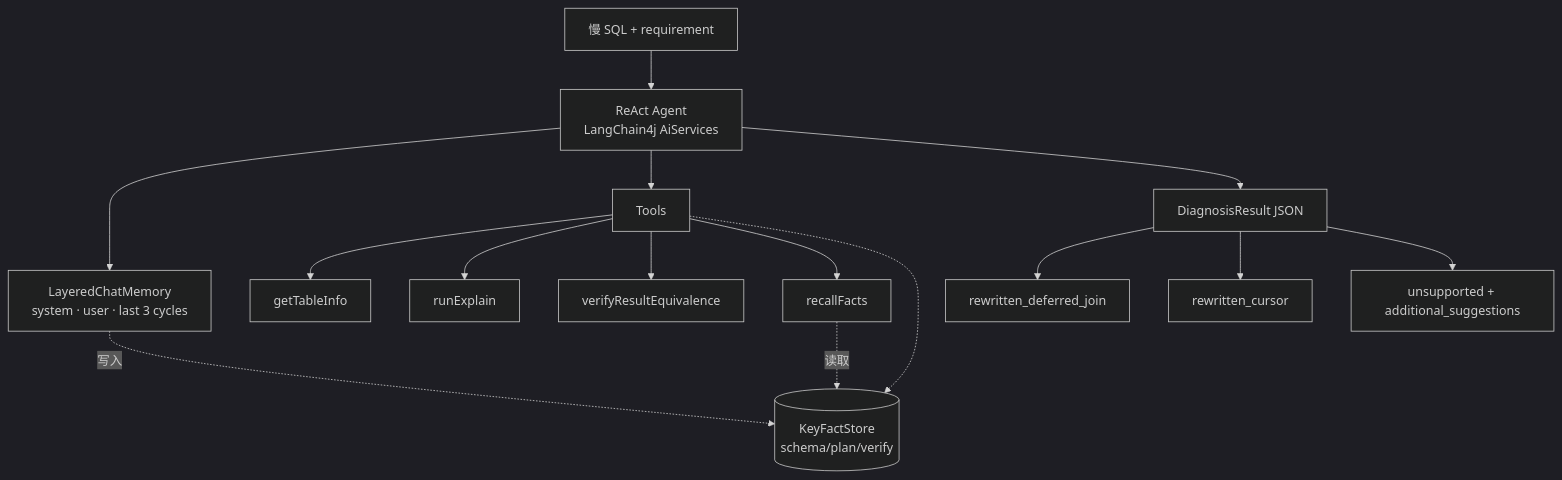
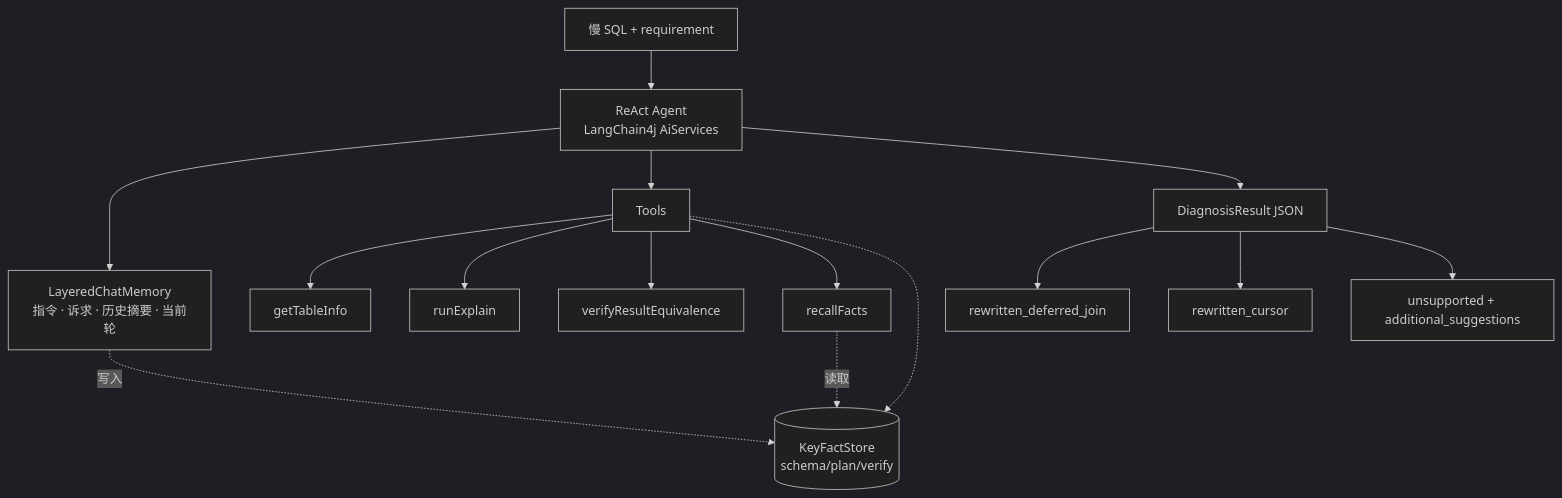
One commit to Muqian-Sun/slow-sql-agent changed the diagram in README.md. Above: the diagram before and after it, drawn with Mermaid (dark theme). The commit also changed other lines of this file and 12 other files, not shown here.

````diff
--- a/README.md
+++ b/README.md
@@ -57,17 +78,17 @@
 ```mermaid
 flowchart TD
     A[慢 SQL + requirement] --> B[ReAct Agent<br/>LangChain4j AiServices]
-    B --> M[LayeredChatMemory<br/>system · user · last 3 cycles]
+    B --> M[LayeredChatMemory<br/>指令 · 诉求 · 历史摘要 · 当前轮]
     B --> T[Tools]
     T --> T1[getTableInfo]
     T --> T2[runExplain]
     T --> T3[verifyResultEquivalence]
     T --> T4[recallFacts]
     T -.-> S[(KeyFactStore<br/>schema/plan/verify)]
     M -.写入.-> S
     T4 -.读取.-> S
     B --> O[DiagnosisResult JSON]
     O --> O1[rewritten_deferred_join]
     O --> O2[rewritten_cursor]
     O --> O3[unsupported + additional_suggestions]
 ```
````
